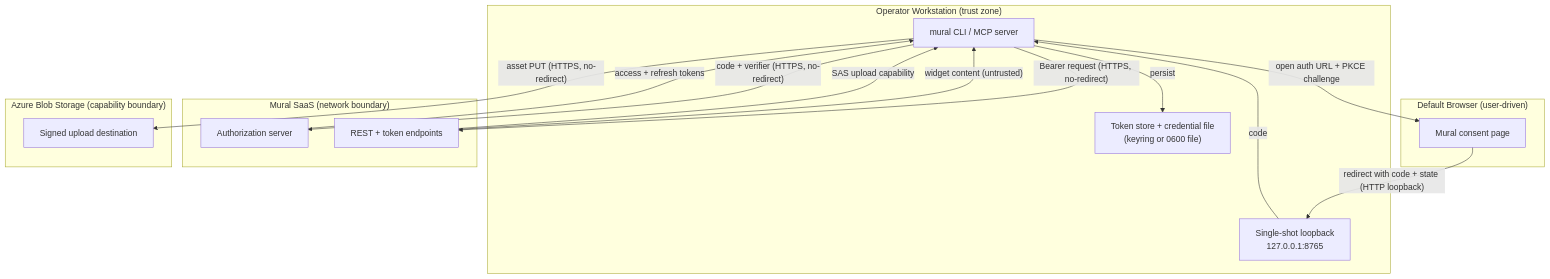
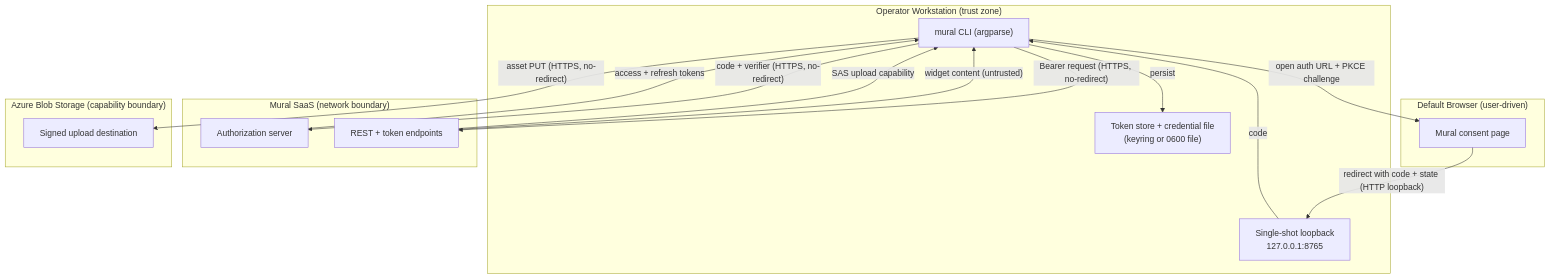
The diagram in mirrors/repos/microsoft@hve-core/.github/skills/experimental/mural/SECURITY.md (gabrielmoreira/agent-skills-mirror), drawn with Mermaid before and after one commit. The commit also changed other lines of this file and 5397 other files, not shown here.

````diff
--- a/mirrors/repos/microsoft@hve-core/.github/skills/experimental/mural/SECURITY.md
+++ b/mirrors/repos/microsoft@hve-core/.github/skills/experimental/mural/SECURITY.md
@@ -64,28 +64,28 @@
 ```mermaid
 flowchart TD
     subgraph HOST["Operator Workstation (trust zone)"]
-        CLI["mural CLI / MCP server"]
+        CLI["mural CLI (argparse)"]
         LOOP["Single-shot loopback<br/>127.0.0.1:8765"]
         STORE["Token store + credential file<br/>(keyring or 0600 file)"]
     end
     subgraph BROWSER["Default Browser (user-driven)"]
         TAB["Mural consent page"]
     end
     subgraph MURAL["Mural SaaS (network boundary)"]
         AUTH["Authorization server"]
         API["REST + token endpoints"]
     end
     subgraph AZURE["Azure Blob Storage (capability boundary)"]
         BLOB["Signed upload destination"]
     end
     CLI -->|"open auth URL + PKCE challenge"| TAB
     TAB -->|"redirect with code + state (HTTP loopback)"| LOOP
     LOOP -->|"code"| CLI
     CLI -->|"code + verifier (HTTPS, no-redirect)"| AUTH
     AUTH -->|"access + refresh tokens"| CLI
     CLI -->|"persist"| STORE
     CLI -->|"Bearer request (HTTPS, no-redirect)"| API
     API -->|"widget content (untrusted)"| CLI
     API -->|"SAS upload capability"| CLI
     CLI -->|"asset PUT (HTTPS, no-redirect)"| BLOB
 ```
````
